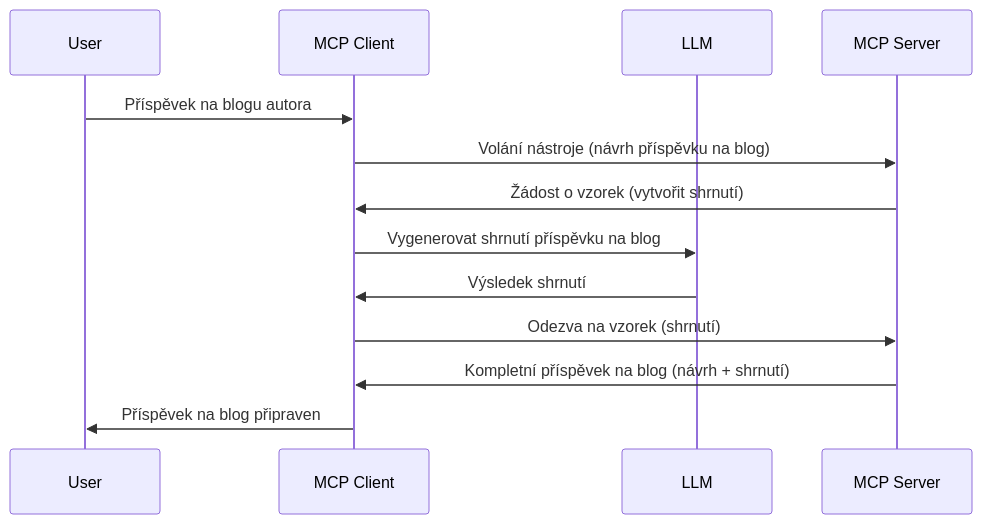
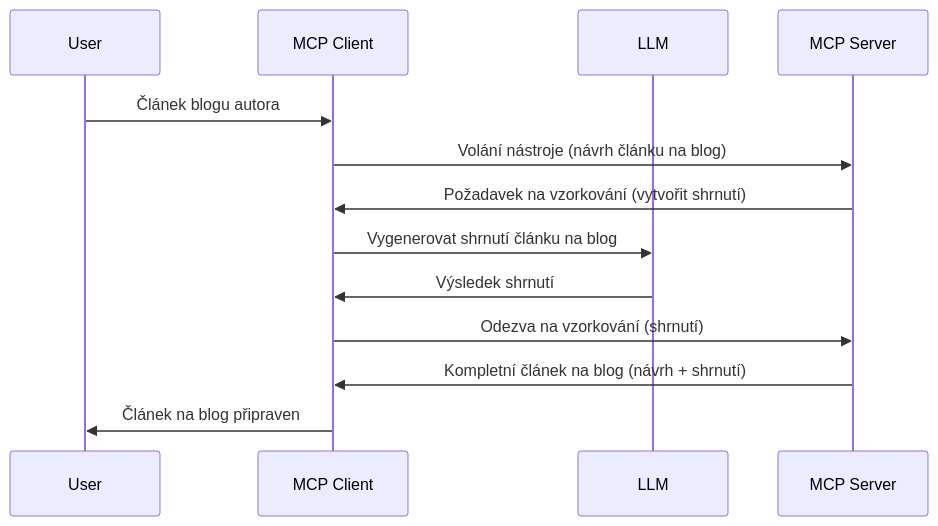
One commit to HIDORAKAI002/ai-workspace-archive changed the diagram in mcp_ecosystem__model_context_protocol/mcp_learning_resources/mcp-for-beginners/translations/cs/03-GettingStarted/14-sampling/README.md. Above: the diagram before and after it, drawn with Mermaid. The commit also changed other lines of this file and 5721 other files, not shown here.

Commit message:
chore(sync): update MCP Python SDK, MCP TypeScript SDK, Supabase MCP, Kubernetes MCP Server, Git MCP, MCP Agent, Awesome ChatGPT Prompts, Langfuse, +62 more

````diff
--- a/mcp_ecosystem__model_context_protocol/mcp_learning_resources/mcp-for-beginners/translations/cs/03-GettingStarted/14-sampling/README.md
+++ b/mcp_ecosystem__model_context_protocol/mcp_learning_resources/mcp-for-beginners/translations/cs/03-GettingStarted/14-sampling/README.md
@@ -25,16 +27,16 @@
 ```mermaid
 sequenceDiagram
     participant User
     participant MCP Client
     participant LLM
     participant MCP Server
 
-    User->>MCP Client: Příspěvek na blogu autora
-    MCP Client->>MCP Server: Volání nástroje (návrh příspěvku na blog)
-    MCP Server->>MCP Client: Žádost o vzorek (vytvořit shrnutí)
-    MCP Client->>LLM: Vygenerovat shrnutí příspěvku na blog
+    User->>MCP Client: Článek blogu autora
+    MCP Client->>MCP Server: Volání nástroje (návrh článku na blog)
+    MCP Server->>MCP Client: Požadavek na vzorkování (vytvořit shrnutí)
+    MCP Client->>LLM: Vygenerovat shrnutí článku na blog
     LLM->>MCP Client: Výsledek shrnutí
-    MCP Client->>MCP Server: Odezva na vzorek (shrnutí)
-    MCP Server->>MCP Client: Kompletní příspěvek na blog (návrh + shrnutí)
-    MCP Client->>User: Příspěvek na blog připraven
+    MCP Client->>MCP Server: Odezva na vzorkování (shrnutí)
+    MCP Server->>MCP Client: Kompletní článek na blog (návrh + shrnutí)
+    MCP Client->>User: Článek na blog připraven
 ```
````
